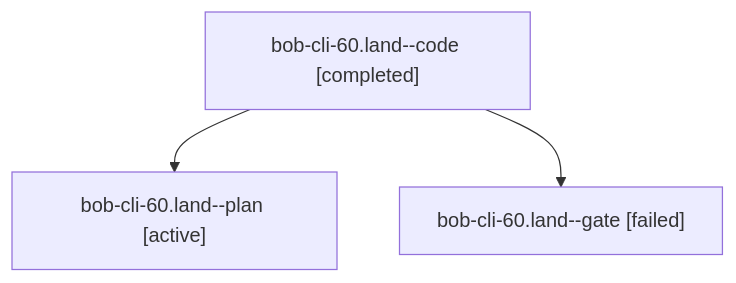
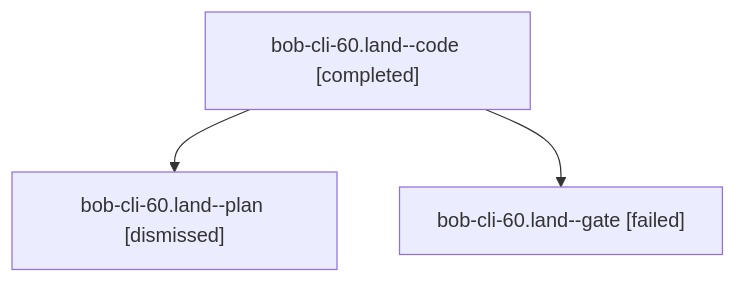
Before and after one commit to bobs-org/bob-cli--agents: the diagram in sessions/bbugyi200.apollo.bob-cli-60.land.md, drawn with Mermaid. The commit also changed other lines of this file and 110 other files, not shown here.

````diff
--- a/sessions/bbugyi200.apollo.bob-cli-60.land.md
+++ b/sessions/bbugyi200.apollo.bob-cli-60.land.md
@@ -9,8 +9,8 @@
 ```mermaid
 flowchart TD
   n0["bob-cli-60.land--code [completed]"]
-  n1["bob-cli-60.land--plan [active]"]
+  n1["bob-cli-60.land--plan [dismissed]"]
   n0 --> n1
   n2["bob-cli-60.land--gate [failed]"]
   n0 --> n2
 ```
````
